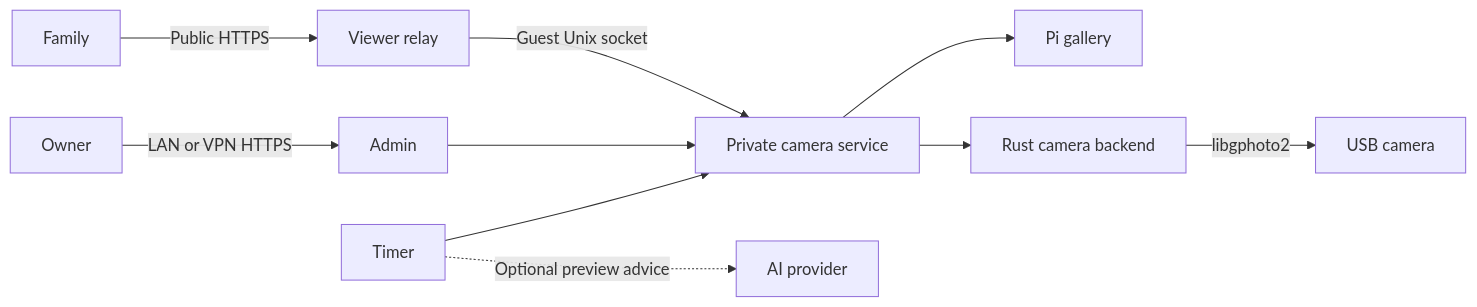
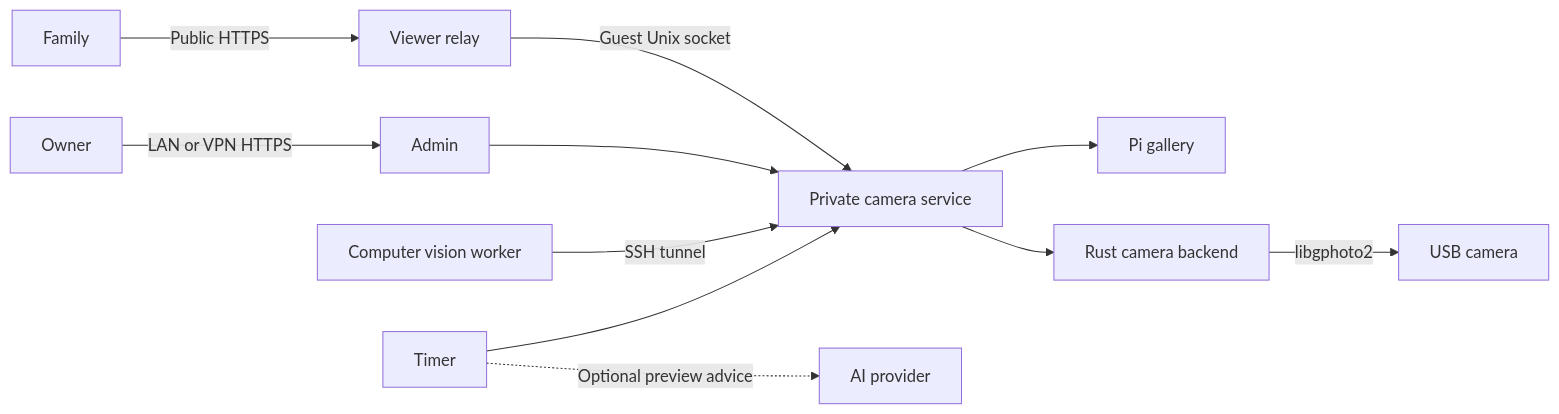
Before and after one commit to affromero/sony-pi-camera: the diagram in README.md, drawn with Mermaid. The commit also changed other lines of this file and 1 other file, not shown here.

Commit message:
Document the private camera monitoring setup

````diff
--- a/README.md
+++ b/README.md
@@ -38,12 +40,13 @@
 ```mermaid
 flowchart LR
     Family -->|Public HTTPS| Relay[Viewer relay]
     Relay -->|Guest Unix socket| Camera[Private camera service]
     Owner -->|LAN or VPN HTTPS| Admin[Admin]
     Admin --> Camera
+    Compute[Computer vision worker] -->|SSH tunnel| Camera
     Timer --> Camera
     Timer -. Optional preview advice .-> AI[AI provider]
     Camera --> Gallery[Pi gallery]
     Camera --> Worker[Rust camera backend]
     Worker -->|libgphoto2| Sony[USB camera]
 ```
````
